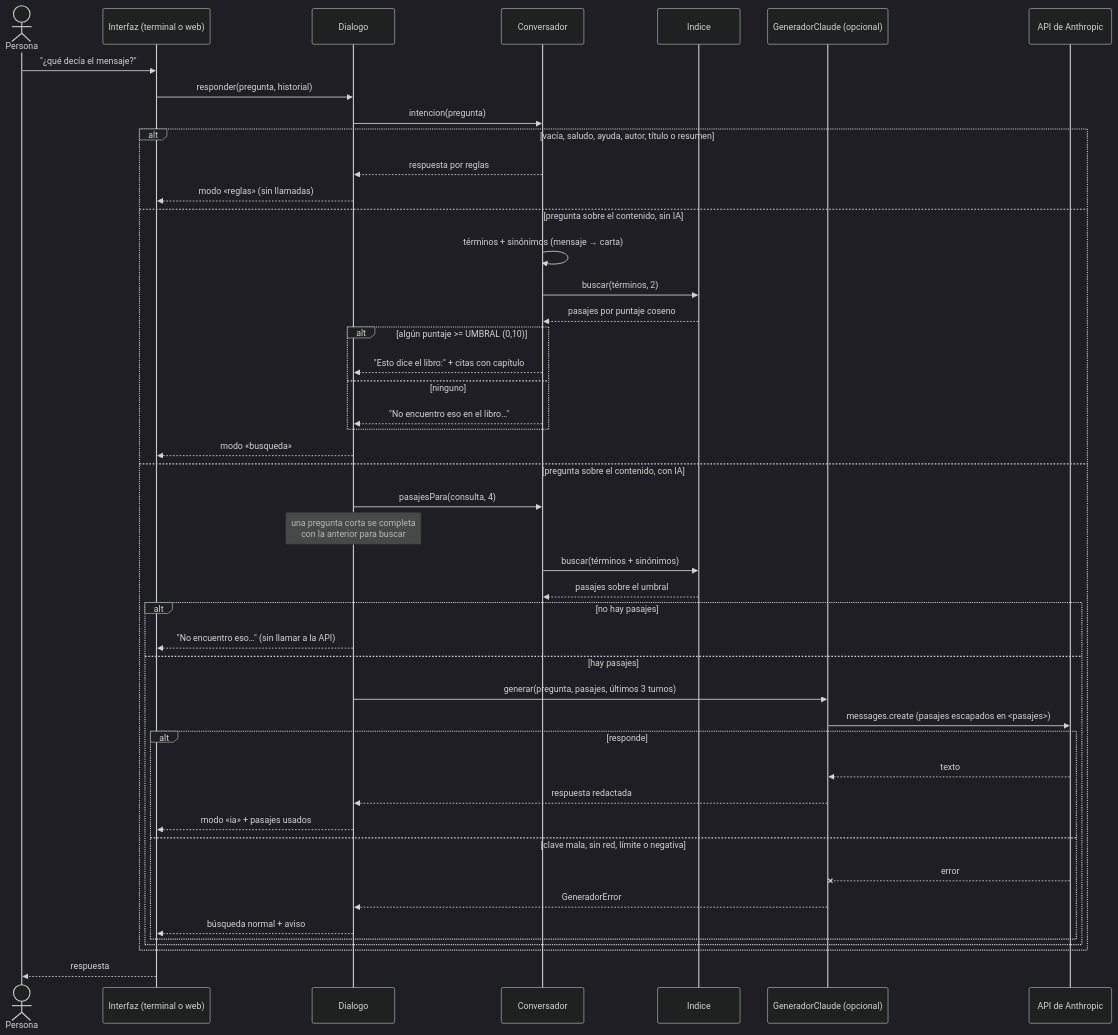
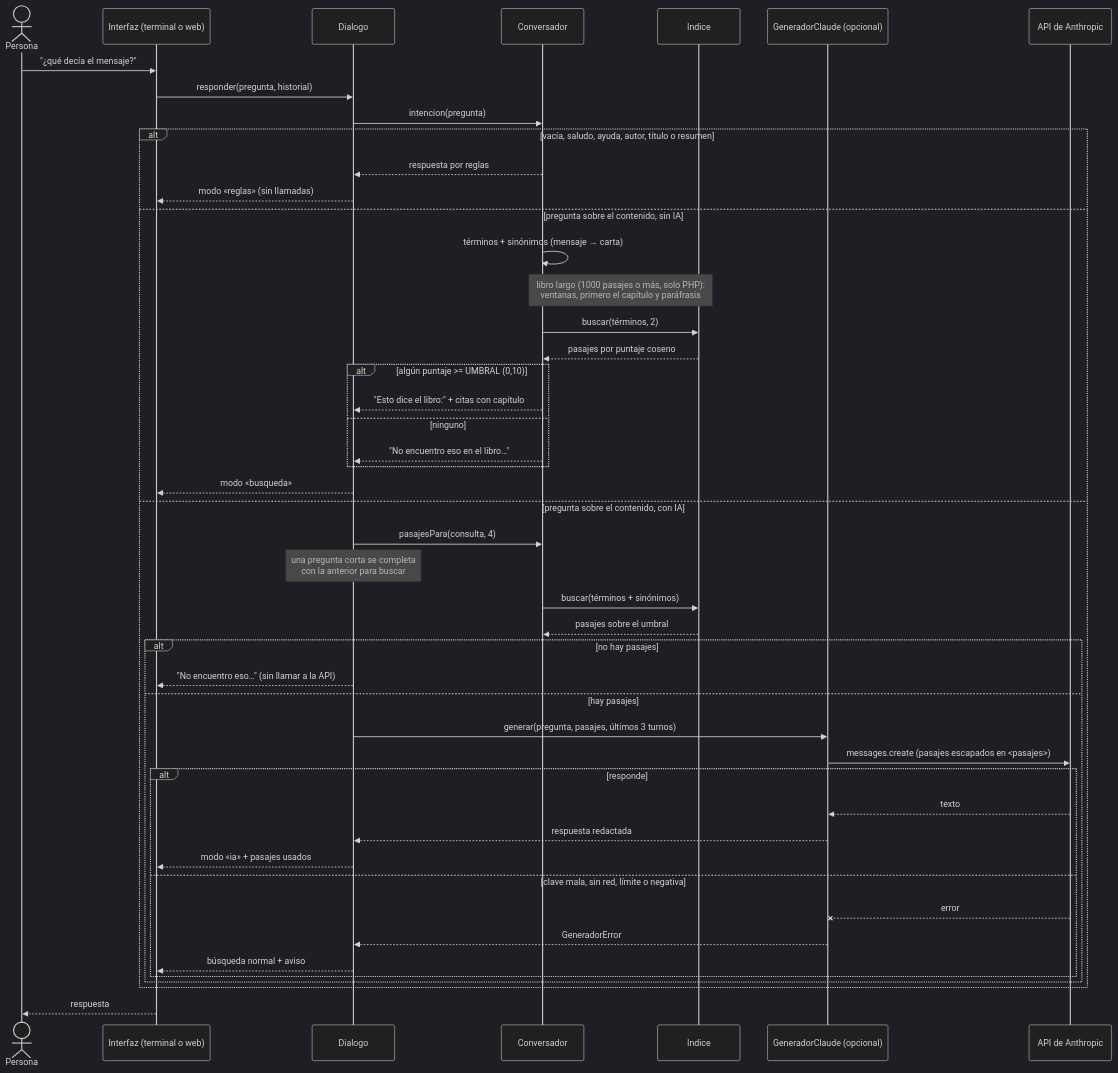
The diagram in chat-con-libros/docs/flujo-pregunta.mmd (lol-protocol/php), drawn with Mermaid (dark theme) before and after one commit. The commit also changed 10 other files, not shown here.

```diff
--- a/chat-con-libros/docs/flujo-pregunta.mmd
+++ b/chat-con-libros/docs/flujo-pregunta.mmd
@@ -1,49 +1,50 @@
 %% Qué pasa cuando la persona hace una pregunta (terminal o web).
 sequenceDiagram
     actor P as Persona
     participant U as Interfaz (terminal o web)
     participant D as Dialogo
     participant V as Conversador
     participant I as Indice
     participant G as GeneradorClaude (opcional)
     participant A as API de Anthropic
 
     P->>U: "¿qué decía el mensaje?"
     U->>D: responder(pregunta, historial)
     D->>V: intencion(pregunta)
 
     alt vacía, saludo, ayuda, autor, título o resumen
         V-->>D: respuesta por reglas
         D-->>U: modo «reglas» (sin llamadas)
     else pregunta sobre el contenido, sin IA
         V->>V: términos + sinónimos (mensaje → carta)
+        Note over V,I: libro largo (1000 pasajes o más, solo PHP):<br/>ventanas, primero el capítulo y paráfrasis
         V->>I: buscar(términos, 2)
         I-->>V: pasajes por puntaje coseno
         alt algún puntaje >= UMBRAL (0,10)
             V-->>D: "Esto dice el libro:" + citas con capítulo
         else ninguno
             V-->>D: "No encuentro eso en el libro…"
         end
         D-->>U: modo «busqueda»
     else pregunta sobre el contenido, con IA
         D->>V: pasajesPara(consulta, 4)
         Note over D: una pregunta corta se completa<br/>con la anterior para buscar
         V->>I: buscar(términos + sinónimos)
         I-->>V: pasajes sobre el umbral
         alt no hay pasajes
             D-->>U: "No encuentro eso…" (sin llamar a la API)
         else hay pasajes
             D->>G: generar(pregunta, pasajes, últimos 3 turnos)
             G->>A: messages.create (pasajes escapados en <pasajes>)
             alt responde
                 A-->>G: texto
                 G-->>D: respuesta redactada
                 D-->>U: modo «ia» + pasajes usados
             else clave mala, sin red, límite o negativa
                 A--xG: error
                 G-->>D: GeneradorError
                 D-->>U: búsqueda normal + aviso
             end
         end
     end
     U-->>P: respuesta
```
